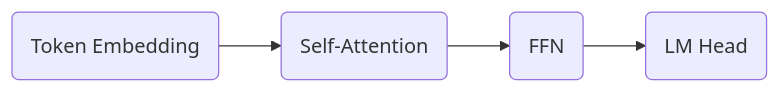
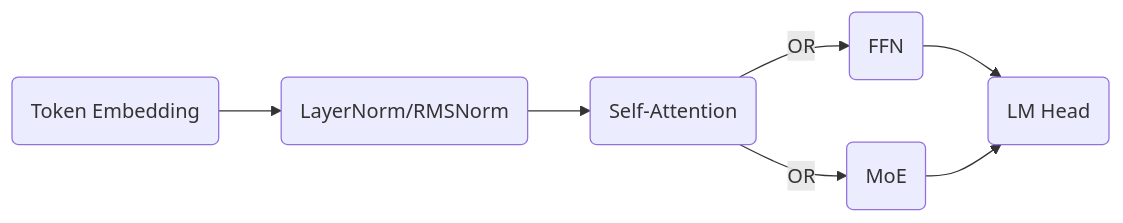
One commit to ChrisZhu2050/chriszhu2050.github.io changed the second of 23 diagrams in index.md. Above: the diagram before and after it, drawn with Mermaid. The commit also changed other lines of this file, not shown here.

````diff
--- a/index.md
+++ b/index.md
@@ -57,4 +57,13 @@
   ```mermaid
       graph LR
-          A("`Token Embedding`")  --> C("`Self-Attention`") --> D("`FFN`") --> F("`LM Head`")
+          A("`Token Embedding`")  --> B("`LayerNorm/RMSNorm`")  --> C("`Self-Attention`") --OR--> D("`FFN`") --> F("`LM Head`")
+          G("`MoE`")
+          C --OR--> G
+          G --> F
+          click A "#Weights-Token-Embedding"
+          click B "#Weights-LayerNorm"
+          click C "#Weights-Self-Attention"
+          click D "#Weights-FFN"
+          click F "#Weights-LM-Head"
+          click G "#Weights-MoE"
   ```  
````
